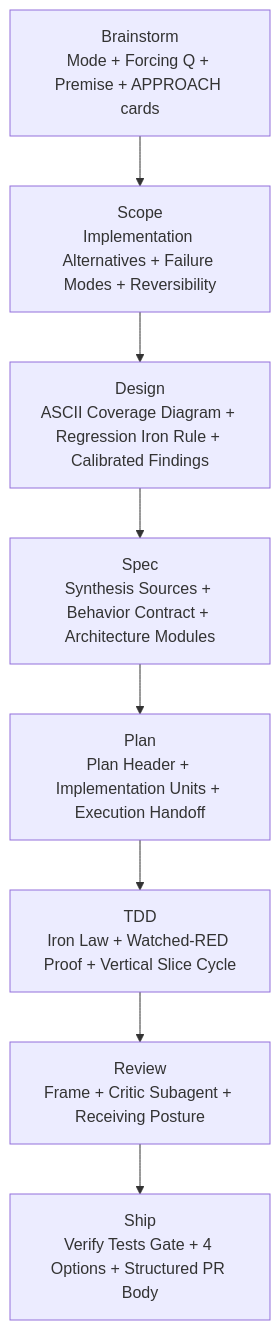
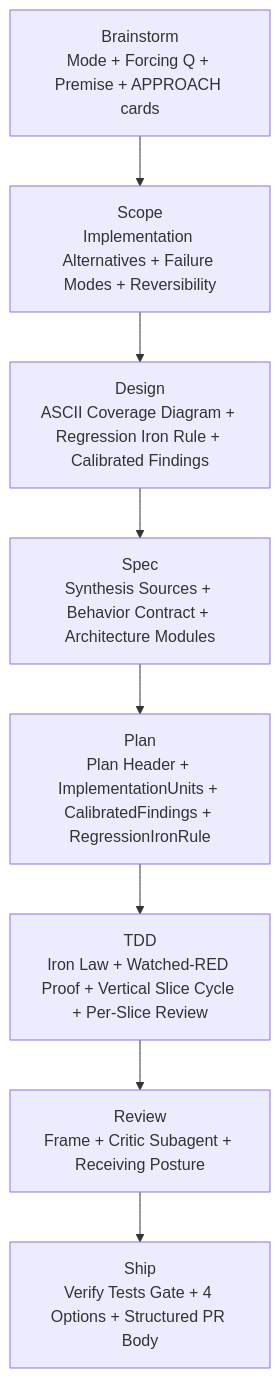
Before and after one commit to zuevrs/cclaw: the second of 2 diagrams in docs/quality-gates.md, drawn with Mermaid. The commit also changed other lines of this file and 2 other files, not shown here.

````diff
--- a/docs/quality-gates.md
+++ b/docs/quality-gates.md
@@ -133,13 +139,13 @@
 ```mermaid
 flowchart TD
   B[Brainstorm<br/>Mode + Forcing Q + Premise + APPROACH cards]
   S[Scope<br/>Implementation Alternatives + Failure Modes + Reversibility]
   D[Design<br/>ASCII Coverage Diagram + Regression Iron Rule + Calibrated Findings]
   SP[Spec<br/>Synthesis Sources + Behavior Contract + Architecture Modules]
-  P[Plan<br/>Plan Header + Implementation Units + Execution Handoff]
-  T[TDD<br/>Iron Law + Watched-RED Proof + Vertical Slice Cycle]
+  P[Plan<br/>Plan Header + ImplementationUnits + CalibratedFindings + RegressionIronRule]
+  T[TDD<br/>Iron Law + Watched-RED Proof + Vertical Slice Cycle + Per-Slice Review]
   R[Review<br/>Frame + Critic Subagent + Receiving Posture]
   SH[Ship<br/>Verify Tests Gate + 4 Options + Structured PR Body]
 
   B --> S --> D --> SP --> P --> T --> R --> SH
 ```
````
